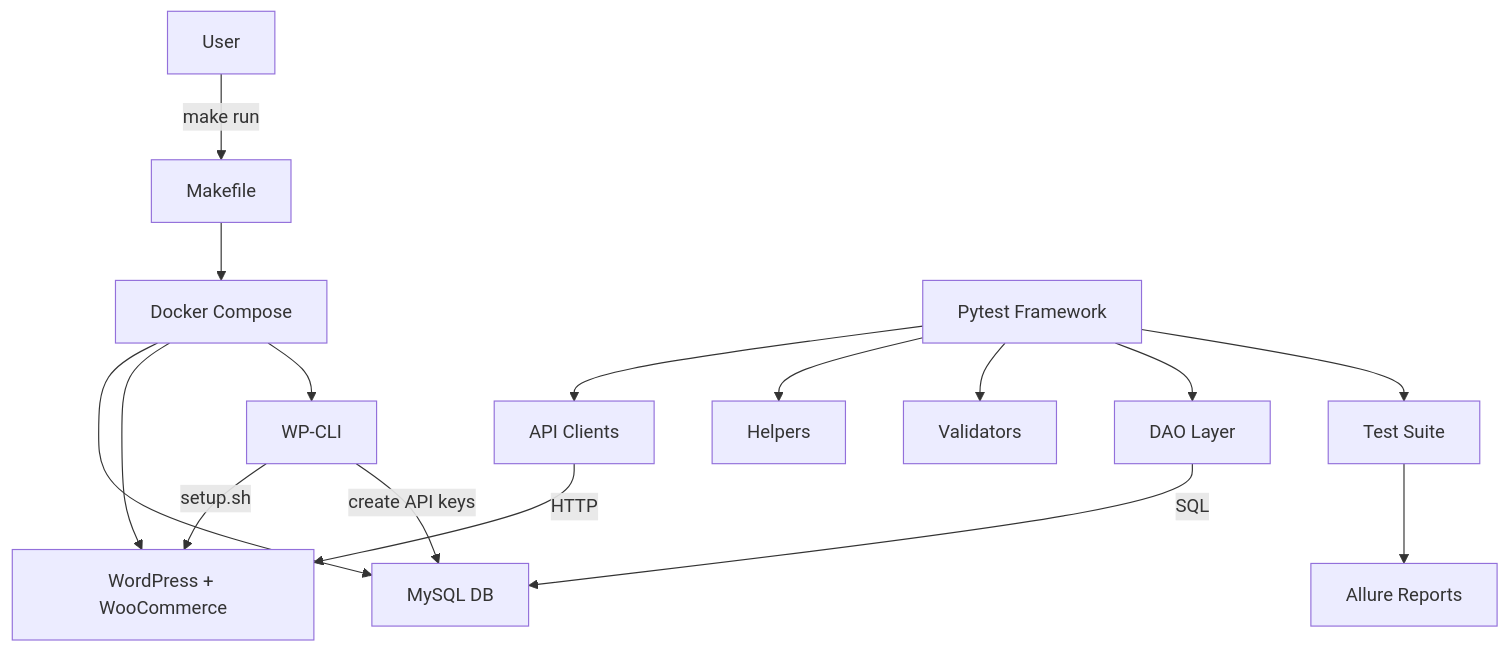
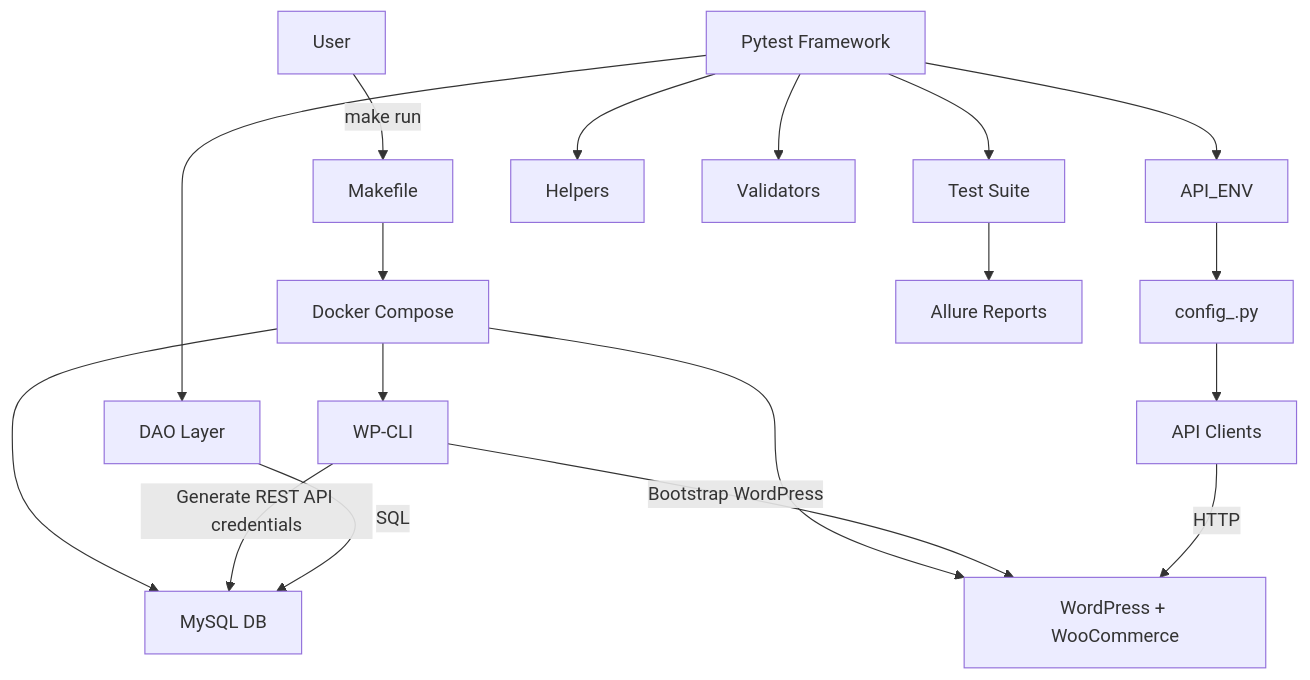
The diagram in README.md (Kwakic/TestingWoocommerceAPI), drawn with Mermaid before and after one commit. The commit also changed other lines of this file and 21 other files, not shown here.

````diff
--- a/README.md
+++ b/README.md
@@ -295,24 +316,39 @@
 ```mermaid
 flowchart TD
+
+    %% --------------------------------------------------
+    %% Infrastructure
+    %% --------------------------------------------------
 
     A[User] -->|make run| B[Makefile]
     B --> C[Docker Compose]
 
     C --> D[MySQL DB]
     C --> E[WordPress + WooCommerce]
     C --> F[WP-CLI]
 
-    F -->|setup.sh| E
-    F -->|create API keys| D
+    F -->|Bootstrap WordPress| E
+    F -->|Generate REST API credentials| D
 
-    G[Pytest Framework] --> H[API Clients]
+    %% --------------------------------------------------
+    %% Framework
+    %% --------------------------------------------------
+
+    G[Pytest Framework] --> N[API_ENV]
+    N --> O[config_<entity>.py]
+    O --> H[API Clients]
+
     G --> I[Helpers]
     G --> J[Validators]
     G --> K[DAO Layer]
 
     H -->|HTTP| E
     K -->|SQL| D
 
+    %% --------------------------------------------------
+    %% Tests & Reporting
+    %% --------------------------------------------------
+
     G --> L[Test Suite]
     L --> M[Allure Reports]
 ```
````
